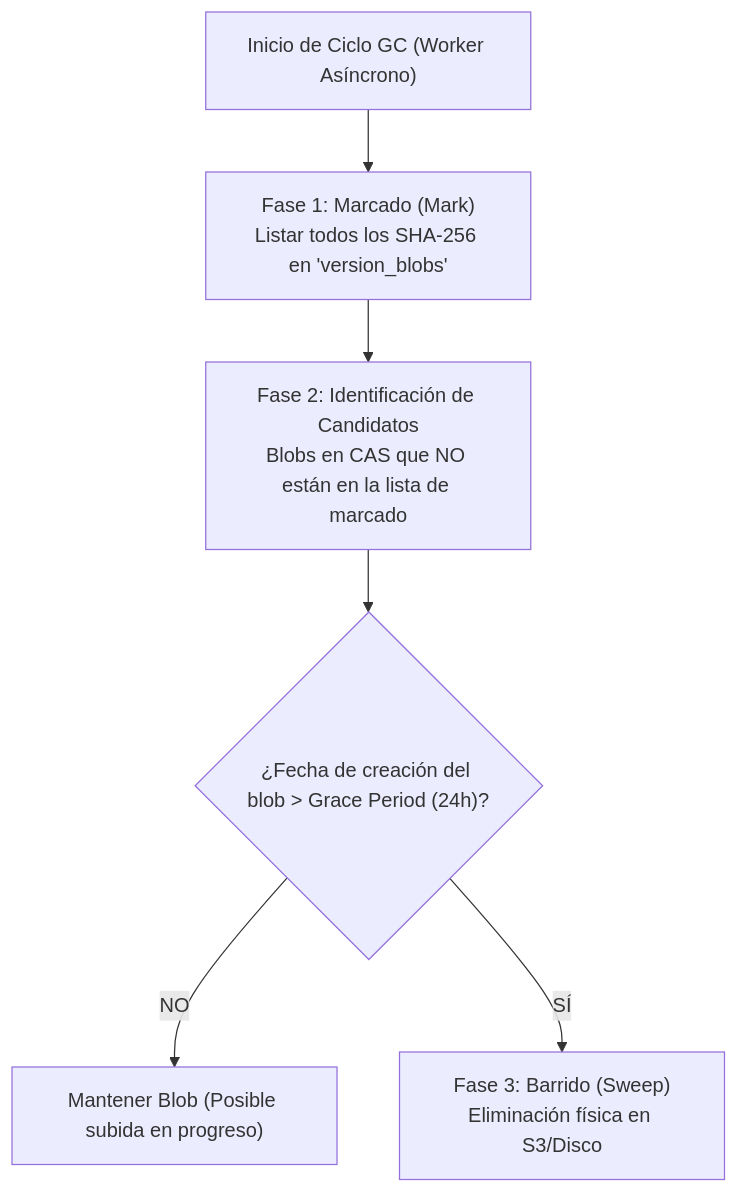
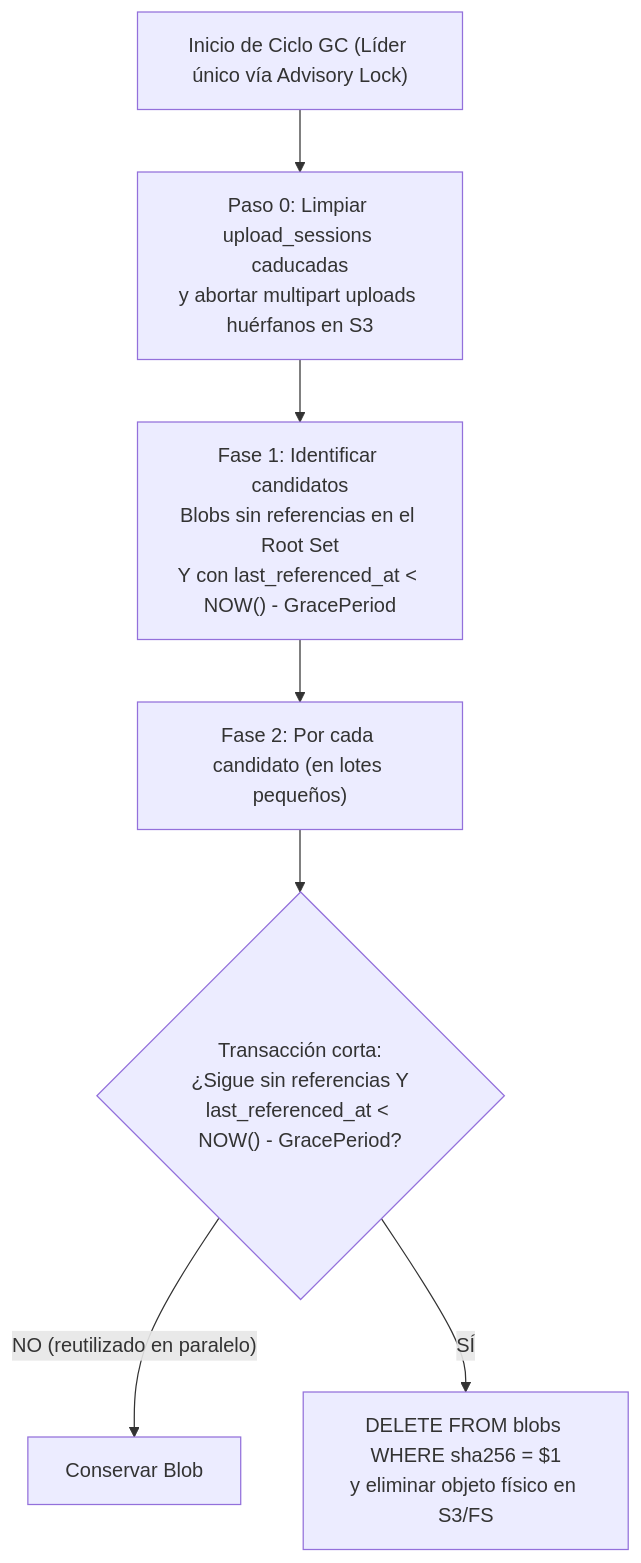
Before and after one commit to CesarAchig/Kinara-Registry: the second of 2 diagrams in Planification/05-algoritmos-y-optimizaciones.md, drawn with Mermaid. The commit also changed other lines of this file and 10 other files, not shown here.

````diff
--- a/Planification/05-algoritmos-y-optimizaciones.md
+++ b/Planification/05-algoritmos-y-optimizaciones.md
@@ -144,8 +148,9 @@
 ```mermaid
 flowchart TD
-    Start["Inicio de Ciclo GC (Worker Asíncrono)"] --> Phase1["Fase 1: Marcado (Mark)\nListar todos los SHA-256 en 'version_blobs'"]
-    Phase1 --> Phase2["Fase 2: Identificación de Candidatos\nBlobs en CAS que NO están en la lista de marcado"]
-    Phase2 --> GraceCheck{"¿Fecha de creación del blob > Grace Period (24h)?"}
-    GraceCheck -- NO --> Keep["Mantener Blob (Posible subida en progreso)"]
-    GraceCheck -- SÍ --> Sweep["Fase 3: Barrido (Sweep)\nEliminación física en S3/Disco"]
+    Start["Inicio de Ciclo GC (Líder único vía Advisory Lock)"] --> CleanSessions["Paso 0: Limpiar upload_sessions caducadas\ny abortar multipart uploads huérfanos en S3"]
+    CleanSessions --> Phase1["Fase 1: Identificar candidatos\nBlobs sin referencias en el Root Set\nY con last_referenced_at < NOW() - GracePeriod"]
+    Phase1 --> BatchLoop["Fase 2: Por cada candidato (en lotes pequeños)"]
+    BatchLoop --> TxCheck{"Transacción corta:\n¿Sigue sin referencias Y\nlast_referenced_at < NOW() - GracePeriod?"}
+    TxCheck -- "NO (reutilizado en paralelo)" --> Keep["Conservar Blob"]
+    TxCheck -- "SÍ" --> DeleteRow["DELETE FROM blobs WHERE sha256 = $1\ny eliminar objeto físico en S3/FS"]
 ```
````
